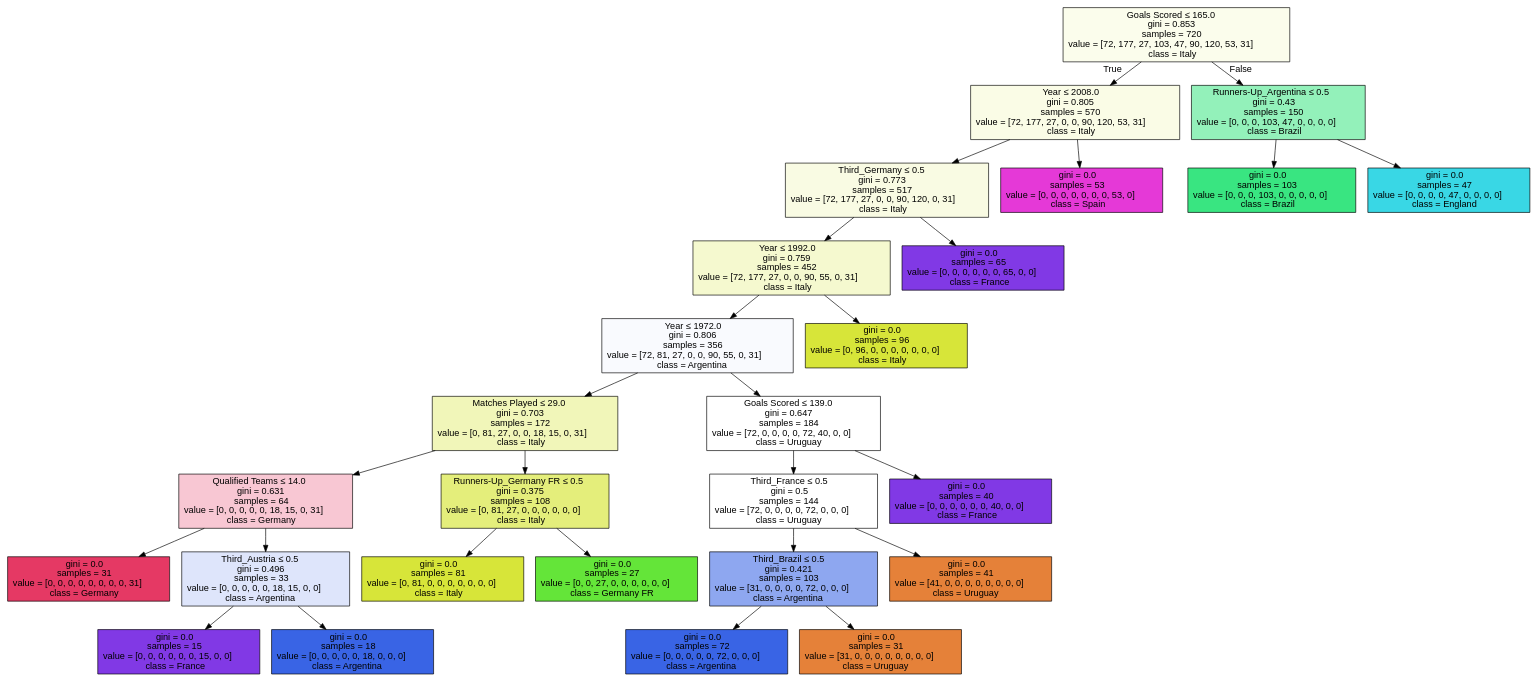
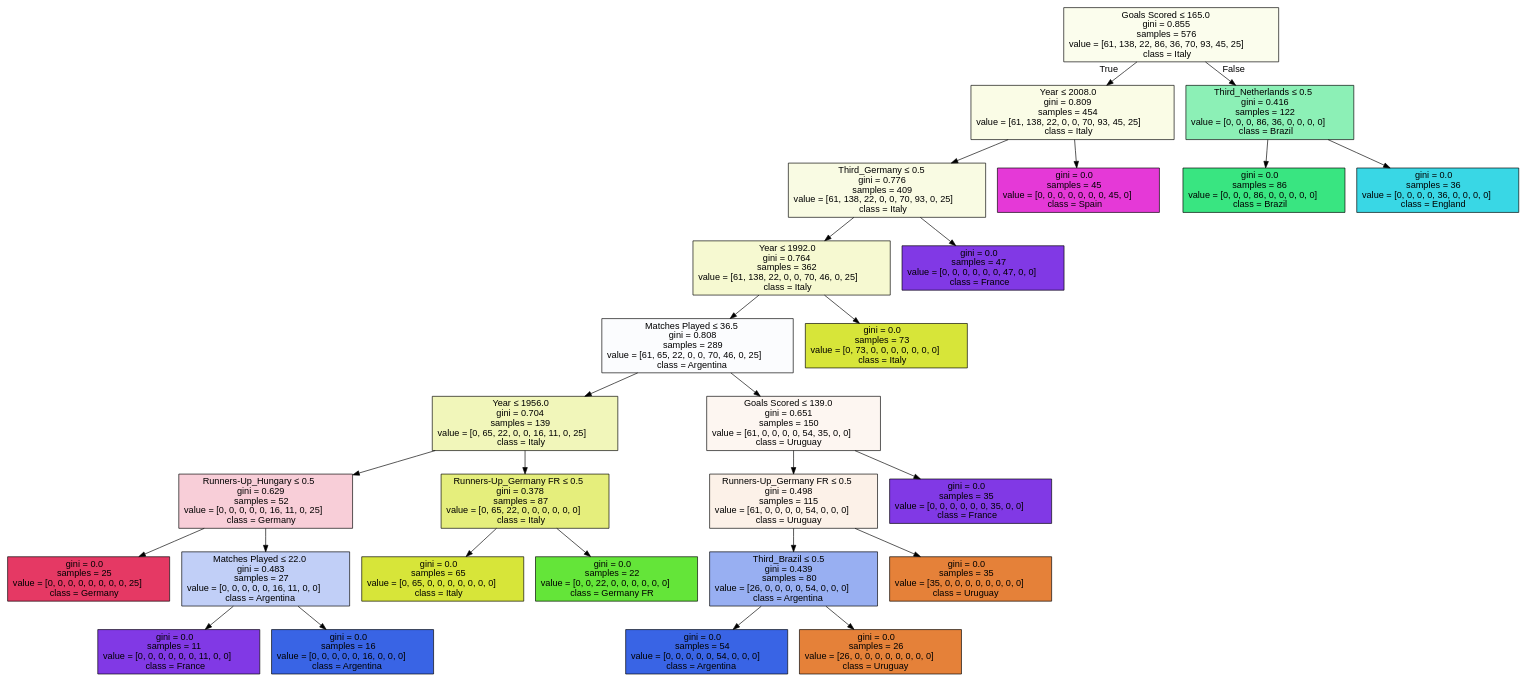
Before and after one commit to juanandresc-jarp/MachineLearningProject: the diagram in world_cup.dot, drawn with Graphviz. The commit also changed 2 other files, not shown here.

```diff
--- a/world_cup.dot
+++ b/world_cup.dot
@@ -1,57 +1,57 @@
 digraph Tree {
 node [shape=box, style="filled", color="black", fontname="helvetica"] ;
 edge [fontname="helvetica"] ;
-0 [label=<Goals Scored &le; 165.0<br/>gini = 0.853<br/>samples = 720<br/>value = [72, 177, 27, 103, 47, 90, 120, 53, 31]<br/>class = Italy>, fillcolor="#fbfdec"] ;
-1 [label=<Year &le; 2008.0<br/>gini = 0.805<br/>samples = 570<br/>value = [72, 177, 27, 0, 0, 90, 120, 53, 31]<br/>class = Italy>, fillcolor="#fafce6"] ;
+0 [label=<Goals Scored &le; 165.0<br/>gini = 0.855<br/>samples = 576<br/>value = [61, 138, 22, 86, 36, 70, 93, 45, 25]<br/>class = Italy>, fillcolor="#fbfded"] ;
+1 [label=<Year &le; 2008.0<br/>gini = 0.809<br/>samples = 454<br/>value = [61, 138, 22, 0, 0, 70, 93, 45, 25]<br/>class = Italy>, fillcolor="#fafce6"] ;
 0 -> 1 [labeldistance=2.5, labelangle=45, headlabel="True"] ;
-2 [label=<Third_Germany &le; 0.5<br/>gini = 0.773<br/>samples = 517<br/>value = [72, 177, 27, 0, 0, 90, 120, 0, 31]<br/>class = Italy>, fillcolor="#f9fbe3"] ;
+2 [label=<Third_Germany &le; 0.5<br/>gini = 0.776<br/>samples = 409<br/>value = [61, 138, 22, 0, 0, 70, 93, 0, 25]<br/>class = Italy>, fillcolor="#f9fbe3"] ;
 1 -> 2 ;
-3 [label=<Year &le; 1992.0<br/>gini = 0.759<br/>samples = 452<br/>value = [72, 177, 27, 0, 0, 90, 55, 0, 31]<br/>class = Italy>, fillcolor="#f5f9cf"] ;
+3 [label=<Year &le; 1992.0<br/>gini = 0.764<br/>samples = 362<br/>value = [61, 138, 22, 0, 0, 70, 46, 0, 25]<br/>class = Italy>, fillcolor="#f6f9d1"] ;
 2 -> 3 ;
-4 [label=<Year &le; 1972.0<br/>gini = 0.806<br/>samples = 356<br/>value = [72, 81, 27, 0, 0, 90, 55, 0, 31]<br/>class = Argentina>, fillcolor="#f9fafe"] ;
+4 [label=<Matches Played &le; 36.5<br/>gini = 0.808<br/>samples = 289<br/>value = [61, 65, 22, 0, 0, 70, 46, 0, 25]<br/>class = Argentina>, fillcolor="#fbfcfe"] ;
 3 -> 4 ;
-5 [label=<Matches Played &le; 29.0<br/>gini = 0.703<br/>samples = 172<br/>value = [0, 81, 27, 0, 0, 18, 15, 0, 31]<br/>class = Italy>, fillcolor="#f1f6b9"] ;
+5 [label=<Year &le; 1956.0<br/>gini = 0.704<br/>samples = 139<br/>value = [0, 65, 22, 0, 0, 16, 11, 0, 25]<br/>class = Italy>, fillcolor="#f1f6ba"] ;
 4 -> 5 ;
-6 [label=<Qualified Teams &le; 14.0<br/>gini = 0.631<br/>samples = 64<br/>value = [0, 0, 0, 0, 0, 18, 15, 0, 31]<br/>class = Germany>, fillcolor="#f8c7d3"] ;
+6 [label=<Runners-Up_Hungary &le; 0.5<br/>gini = 0.629<br/>samples = 52<br/>value = [0, 0, 0, 0, 0, 16, 11, 0, 25]<br/>class = Germany>, fillcolor="#f8ced8"] ;
 5 -> 6 ;
-7 [label=<gini = 0.0<br/>samples = 31<br/>value = [0, 0, 0, 0, 0, 0, 0, 0, 31]<br/>class = Germany>, fillcolor="#e53964"] ;
+7 [label=<gini = 0.0<br/>samples = 25<br/>value = [0, 0, 0, 0, 0, 0, 0, 0, 25]<br/>class = Germany>, fillcolor="#e53964"] ;
 6 -> 7 ;
-8 [label=<Third_Austria &le; 0.5<br/>gini = 0.496<br/>samples = 33<br/>value = [0, 0, 0, 0, 0, 18, 15, 0, 0]<br/>class = Argentina>, fillcolor="#dee5fb"] ;
+8 [label=<Matches Played &le; 22.0<br/>gini = 0.483<br/>samples = 27<br/>value = [0, 0, 0, 0, 0, 16, 11, 0, 0]<br/>class = Argentina>, fillcolor="#c1cff7"] ;
 6 -> 8 ;
-9 [label=<gini = 0.0<br/>samples = 15<br/>value = [0, 0, 0, 0, 0, 0, 15, 0, 0]<br/>class = France>, fillcolor="#8139e5"] ;
+9 [label=<gini = 0.0<br/>samples = 11<br/>value = [0, 0, 0, 0, 0, 0, 11, 0, 0]<br/>class = France>, fillcolor="#8139e5"] ;
 8 -> 9 ;
-10 [label=<gini = 0.0<br/>samples = 18<br/>value = [0, 0, 0, 0, 0, 18, 0, 0, 0]<br/>class = Argentina>, fillcolor="#3964e5"] ;
+10 [label=<gini = 0.0<br/>samples = 16<br/>value = [0, 0, 0, 0, 0, 16, 0, 0, 0]<br/>class = Argentina>, fillcolor="#3964e5"] ;
 8 -> 10 ;
-11 [label=<Runners-Up_Germany FR &le; 0.5<br/>gini = 0.375<br/>samples = 108<br/>value = [0, 81, 27, 0, 0, 0, 0, 0, 0]<br/>class = Italy>, fillcolor="#e4ee7b"] ;
+11 [label=<Runners-Up_Germany FR &le; 0.5<br/>gini = 0.378<br/>samples = 87<br/>value = [0, 65, 22, 0, 0, 0, 0, 0, 0]<br/>class = Italy>, fillcolor="#e5ee7c"] ;
 5 -> 11 ;
-12 [label=<gini = 0.0<br/>samples = 81<br/>value = [0, 81, 0, 0, 0, 0, 0, 0, 0]<br/>class = Italy>, fillcolor="#d7e539"] ;
+12 [label=<gini = 0.0<br/>samples = 65<br/>value = [0, 65, 0, 0, 0, 0, 0, 0, 0]<br/>class = Italy>, fillcolor="#d7e539"] ;
 11 -> 12 ;
-13 [label=<gini = 0.0<br/>samples = 27<br/>value = [0, 0, 27, 0, 0, 0, 0, 0, 0]<br/>class = Germany FR>, fillcolor="#64e539"] ;
+13 [label=<gini = 0.0<br/>samples = 22<br/>value = [0, 0, 22, 0, 0, 0, 0, 0, 0]<br/>class = Germany FR>, fillcolor="#64e539"] ;
 11 -> 13 ;
-14 [label=<Goals Scored &le; 139.0<br/>gini = 0.647<br/>samples = 184<br/>value = [72, 0, 0, 0, 0, 72, 40, 0, 0]<br/>class = Uruguay>, fillcolor="#ffffff"] ;
+14 [label=<Goals Scored &le; 139.0<br/>gini = 0.651<br/>samples = 150<br/>value = [61, 0, 0, 0, 0, 54, 35, 0, 0]<br/>class = Uruguay>, fillcolor="#fdf6f1"] ;
 4 -> 14 ;
-15 [label=<Third_France &le; 0.5<br/>gini = 0.5<br/>samples = 144<br/>value = [72, 0, 0, 0, 0, 72, 0, 0, 0]<br/>class = Uruguay>, fillcolor="#ffffff"] ;
+15 [label=<Runners-Up_Germany FR &le; 0.5<br/>gini = 0.498<br/>samples = 115<br/>value = [61, 0, 0, 0, 0, 54, 0, 0, 0]<br/>class = Uruguay>, fillcolor="#fcf1e8"] ;
 14 -> 15 ;
-16 [label=<Third_Brazil &le; 0.5<br/>gini = 0.421<br/>samples = 103<br/>value = [31, 0, 0, 0, 0, 72, 0, 0, 0]<br/>class = Argentina>, fillcolor="#8ea7f0"] ;
+16 [label=<Third_Brazil &le; 0.5<br/>gini = 0.439<br/>samples = 80<br/>value = [26, 0, 0, 0, 0, 54, 0, 0, 0]<br/>class = Argentina>, fillcolor="#98aff2"] ;
 15 -> 16 ;
-17 [label=<gini = 0.0<br/>samples = 72<br/>value = [0, 0, 0, 0, 0, 72, 0, 0, 0]<br/>class = Argentina>, fillcolor="#3964e5"] ;
+17 [label=<gini = 0.0<br/>samples = 54<br/>value = [0, 0, 0, 0, 0, 54, 0, 0, 0]<br/>class = Argentina>, fillcolor="#3964e5"] ;
 16 -> 17 ;
-18 [label=<gini = 0.0<br/>samples = 31<br/>value = [31, 0, 0, 0, 0, 0, 0, 0, 0]<br/>class = Uruguay>, fillcolor="#e58139"] ;
+18 [label=<gini = 0.0<br/>samples = 26<br/>value = [26, 0, 0, 0, 0, 0, 0, 0, 0]<br/>class = Uruguay>, fillcolor="#e58139"] ;
 16 -> 18 ;
-19 [label=<gini = 0.0<br/>samples = 41<br/>value = [41, 0, 0, 0, 0, 0, 0, 0, 0]<br/>class = Uruguay>, fillcolor="#e58139"] ;
+19 [label=<gini = 0.0<br/>samples = 35<br/>value = [35, 0, 0, 0, 0, 0, 0, 0, 0]<br/>class = Uruguay>, fillcolor="#e58139"] ;
 15 -> 19 ;
-20 [label=<gini = 0.0<br/>samples = 40<br/>value = [0, 0, 0, 0, 0, 0, 40, 0, 0]<br/>class = France>, fillcolor="#8139e5"] ;
+20 [label=<gini = 0.0<br/>samples = 35<br/>value = [0, 0, 0, 0, 0, 0, 35, 0, 0]<br/>class = France>, fillcolor="#8139e5"] ;
 14 -> 20 ;
-21 [label=<gini = 0.0<br/>samples = 96<br/>value = [0, 96, 0, 0, 0, 0, 0, 0, 0]<br/>class = Italy>, fillcolor="#d7e539"] ;
+21 [label=<gini = 0.0<br/>samples = 73<br/>value = [0, 73, 0, 0, 0, 0, 0, 0, 0]<br/>class = Italy>, fillcolor="#d7e539"] ;
 3 -> 21 ;
-22 [label=<gini = 0.0<br/>samples = 65<br/>value = [0, 0, 0, 0, 0, 0, 65, 0, 0]<br/>class = France>, fillcolor="#8139e5"] ;
+22 [label=<gini = 0.0<br/>samples = 47<br/>value = [0, 0, 0, 0, 0, 0, 47, 0, 0]<br/>class = France>, fillcolor="#8139e5"] ;
 2 -> 22 ;
-23 [label=<gini = 0.0<br/>samples = 53<br/>value = [0, 0, 0, 0, 0, 0, 0, 53, 0]<br/>class = Spain>, fillcolor="#e539d7"] ;
+23 [label=<gini = 0.0<br/>samples = 45<br/>value = [0, 0, 0, 0, 0, 0, 0, 45, 0]<br/>class = Spain>, fillcolor="#e539d7"] ;
 1 -> 23 ;
-24 [label=<Runners-Up_Argentina &le; 0.5<br/>gini = 0.43<br/>samples = 150<br/>value = [0, 0, 0, 103, 47, 0, 0, 0, 0]<br/>class = Brazil>, fillcolor="#93f1ba"] ;
+24 [label=<Third_Netherlands &le; 0.5<br/>gini = 0.416<br/>samples = 122<br/>value = [0, 0, 0, 86, 36, 0, 0, 0, 0]<br/>class = Brazil>, fillcolor="#8cf0b6"] ;
 0 -> 24 [labeldistance=2.5, labelangle=-45, headlabel="False"] ;
-25 [label=<gini = 0.0<br/>samples = 103<br/>value = [0, 0, 0, 103, 0, 0, 0, 0, 0]<br/>class = Brazil>, fillcolor="#39e581"] ;
+25 [label=<gini = 0.0<br/>samples = 86<br/>value = [0, 0, 0, 86, 0, 0, 0, 0, 0]<br/>class = Brazil>, fillcolor="#39e581"] ;
 24 -> 25 ;
-26 [label=<gini = 0.0<br/>samples = 47<br/>value = [0, 0, 0, 0, 47, 0, 0, 0, 0]<br/>class = England>, fillcolor="#39d7e5"] ;
+26 [label=<gini = 0.0<br/>samples = 36<br/>value = [0, 0, 0, 0, 36, 0, 0, 0, 0]<br/>class = England>, fillcolor="#39d7e5"] ;
 24 -> 26 ;
 }
```
